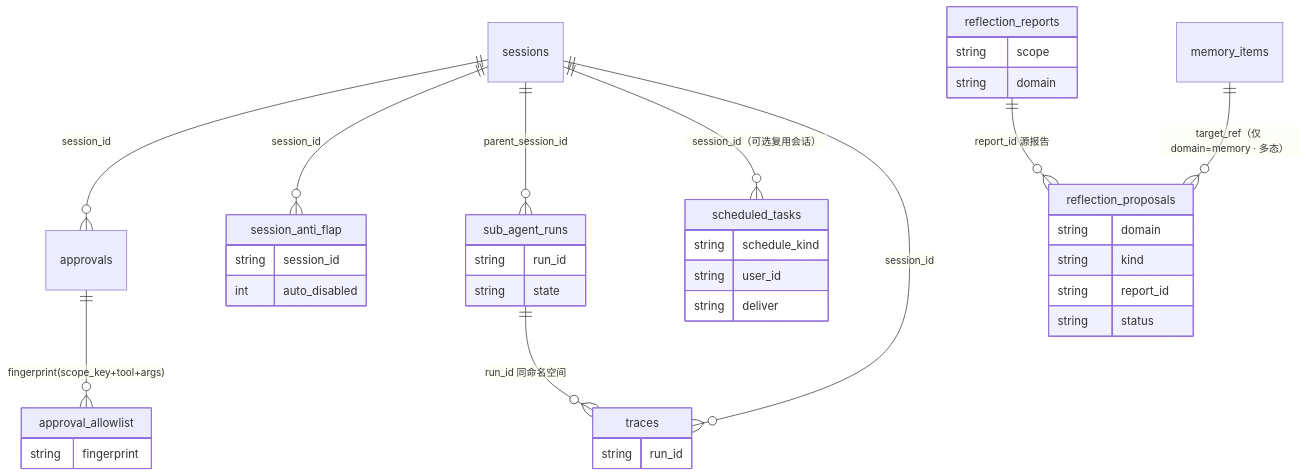
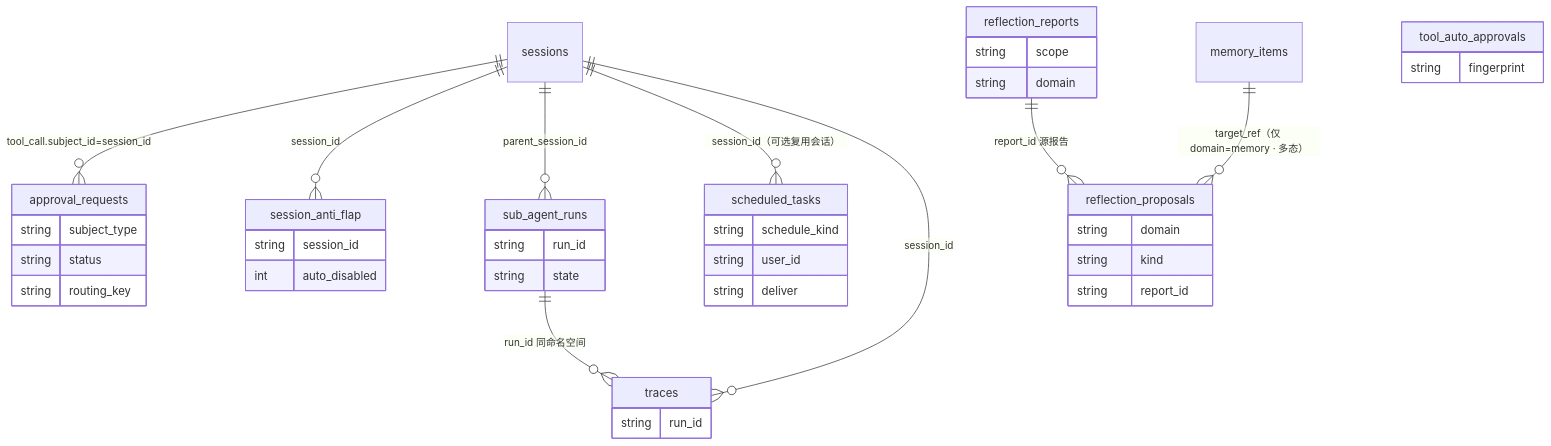
Before and after one commit to Summy2104/fleetent: the third of 4 diagrams in docs/architecture/data-model.md, drawn with Mermaid. The commit also changed other lines of this file and 72 other files, not shown here.

````diff
--- a/docs/architecture/data-model.md
+++ b/docs/architecture/data-model.md
@@ -162,41 +163,44 @@
 ```mermaid
 erDiagram
-  sessions ||--o{ approvals : "session_id"
+  sessions ||--o{ approval_requests : "tool_call.subject_id=session_id"
   sessions ||--o{ session_anti_flap : "session_id"
   sessions ||--o{ sub_agent_runs : "parent_session_id"
   sessions ||--o{ scheduled_tasks : "session_id（可选复用会话）"
   sessions ||--o{ traces : "session_id"
   sub_agent_runs ||--o{ traces : "run_id 同命名空间"
   reflection_reports ||--o{ reflection_proposals : "report_id 源报告"
   memory_items ||--o{ reflection_proposals : "target_ref（仅 domain=memory · 多态）"
-  approvals ||--o{ approval_allowlist : "fingerprint(scope_key+tool+args)"
   scheduled_tasks {
     string schedule_kind
     string user_id
     string deliver
   }
   traces {
     string run_id
   }
   reflection_reports {
     string scope
     string domain
   }
   reflection_proposals {
     string domain
     string kind
     string report_id
+  }
+  approval_requests {
+    string subject_type
     string status
+    string routing_key
   }
-  approval_allowlist {
+  tool_auto_approvals {
     string fingerprint
   }
   session_anti_flap {
     string session_id
     int auto_disabled
   }
   sub_agent_runs {
     string run_id
     string state
   }
 ```
````
